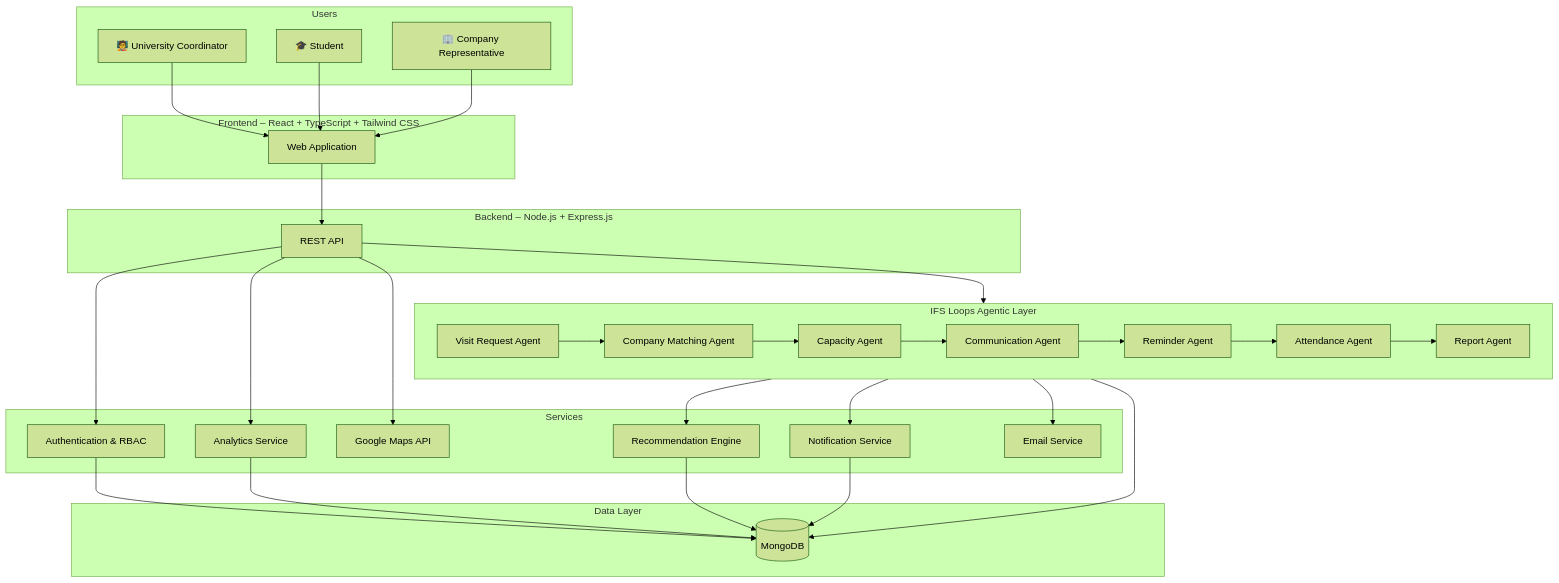
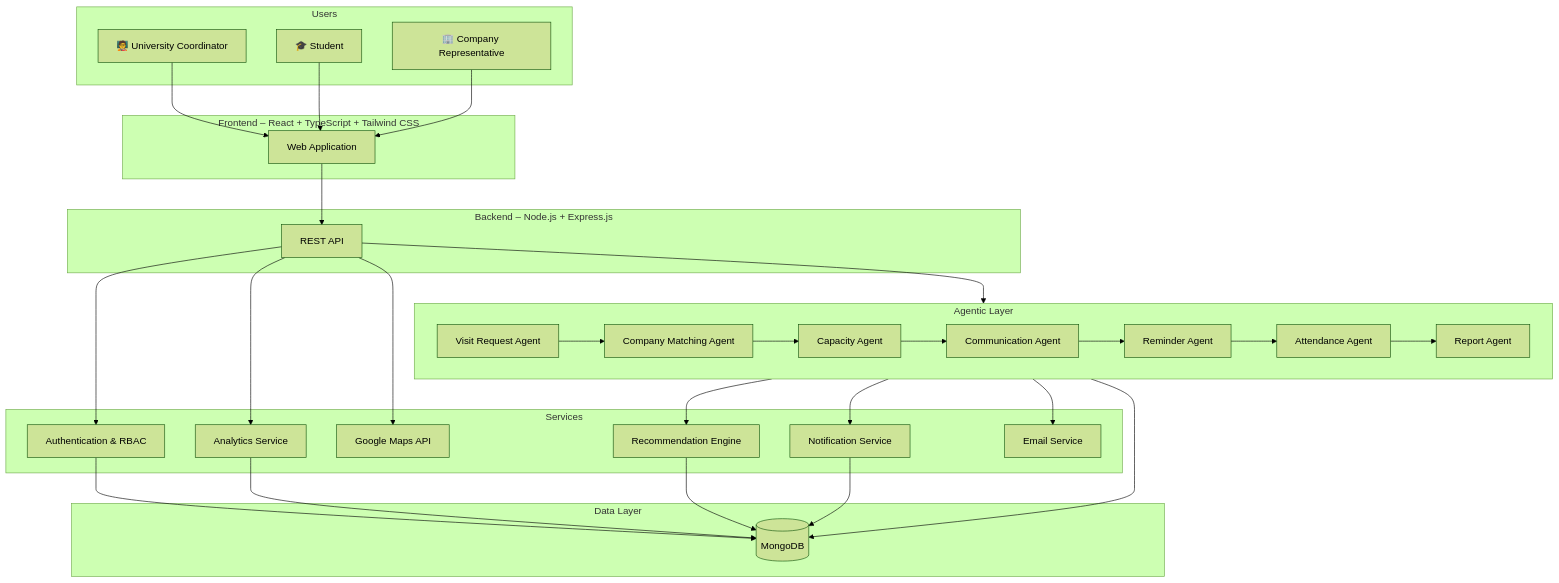
Before and after one commit to WijAnushka02/INDUSTRYxlink: the second of 4 diagrams in README.md, drawn with Mermaid (forest theme). The commit also changed other lines of this file and 5 other files, not shown here.

````diff
--- a/README.md
+++ b/README.md
@@ -129,68 +155,68 @@
 ```mermaid
 flowchart TB
     subgraph Users
         Coordinator["🧑‍🏫 University Coordinator"]
         Student["🎓 Student"]
         CompanyRep["🏢 Company Representative"]
     end
 
     subgraph Frontend["Frontend – React + TypeScript + Tailwind CSS"]
         UI["Web Application"]
     end
 
     subgraph Backend["Backend – Node.js + Express.js"]
         API["REST API"]
     end
 
-    subgraph AgenticLayer["IFS Loops Agentic Layer"]
+    subgraph AgenticLayer["Agentic Layer"]
         VRA["Visit Request Agent"]
         CMA["Company Matching Agent"]
         CA["Capacity Agent"]
         COMA["Communication Agent"]
         RA["Reminder Agent"]
         AA["Attendance Agent"]
         REPA["Report Agent"]
     end
 
     subgraph Services
         Auth["Authentication & RBAC"]
         Recommendation["Recommendation Engine"]
         Notification["Notification Service"]
         Analytics["Analytics Service"]
         Maps["Google Maps API"]
         Email["Email Service"]
     end
 
     subgraph Data["Data Layer"]
         DB[("MongoDB")]
     end
 
     Coordinator --> UI
     Student --> UI
     CompanyRep --> UI
 
     UI --> API
 
     API --> AgenticLayer
     API --> Auth
 
     VRA --> CMA
     CMA --> CA
     CA --> COMA
     COMA --> RA
     RA --> AA
     AA --> REPA
 
     AgenticLayer --> Recommendation
     AgenticLayer --> Notification
     AgenticLayer --> Email
 
     API --> Analytics
     API --> Maps
 
     Auth --> DB
     Recommendation --> DB
     Notification --> DB
     Analytics --> DB
     AgenticLayer --> DB
 ```
````
